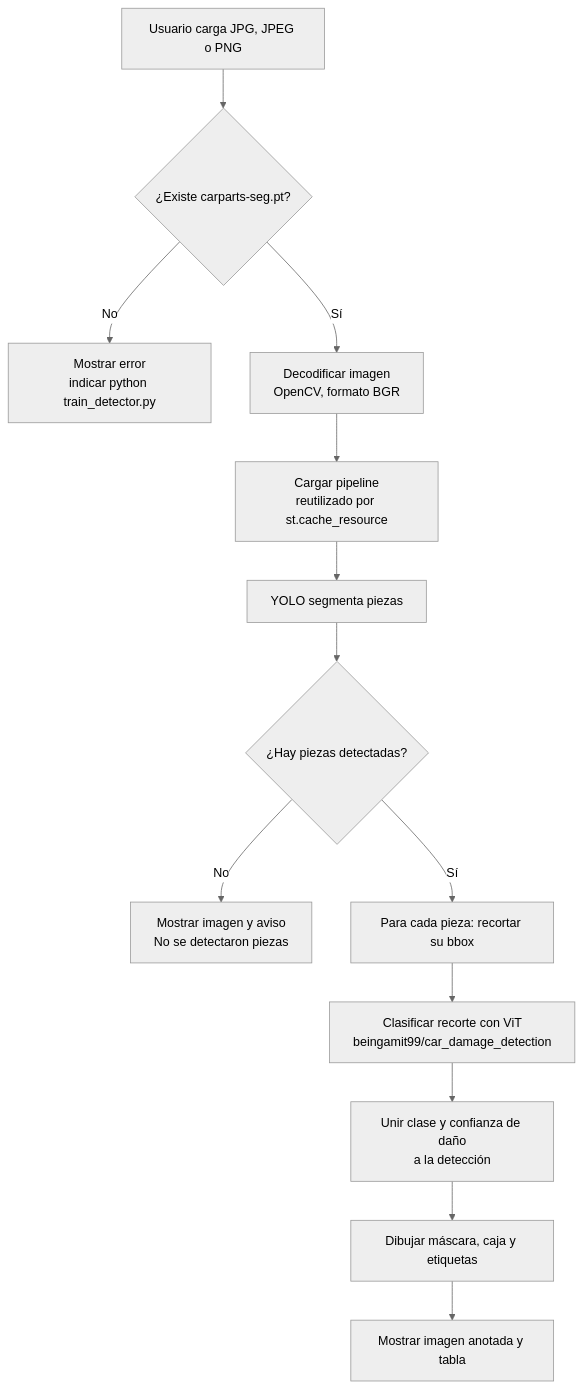
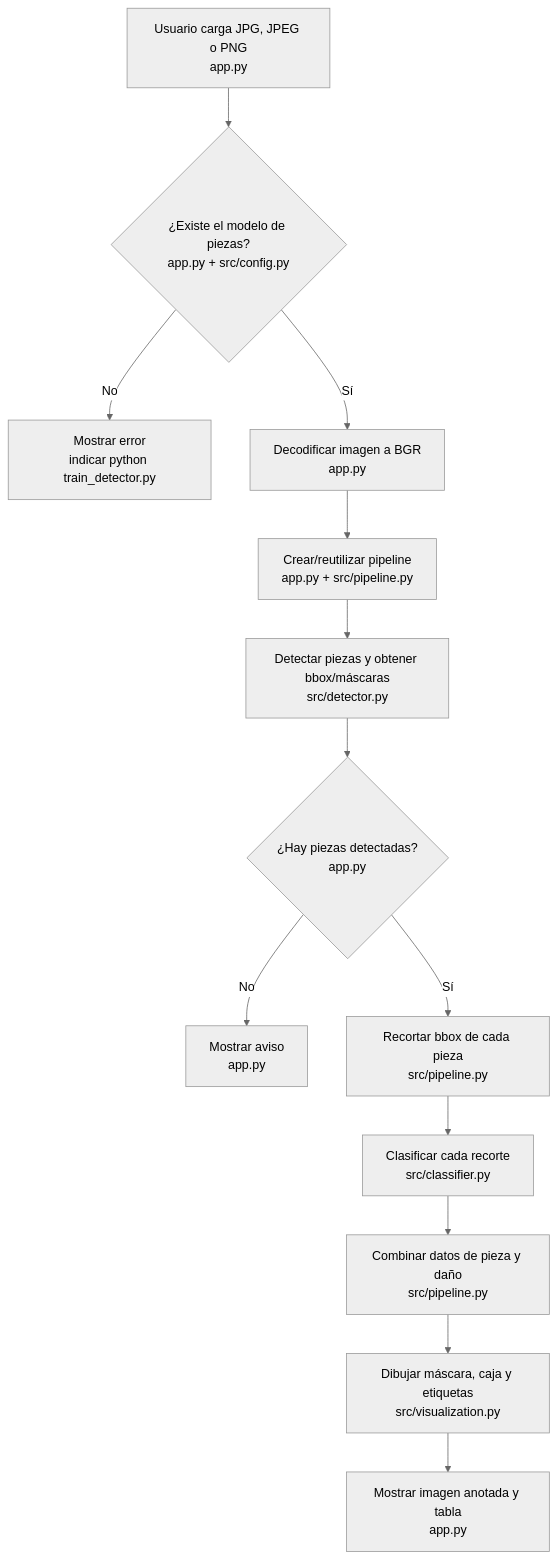
One commit to diegodulcich/pdi-car_damage changed the third of 3 diagrams in PIPELINE.md. Above: the diagram before and after it, drawn with Mermaid (neutral theme). The commit also changed other lines of this file, not shown here.

Commit message:
docs: Nuevo diagrama en PIPELINE.md

````diff
--- a/PIPELINE.md
+++ b/PIPELINE.md
@@ -32,15 +59,15 @@
 ```mermaid
 flowchart TD
-    A["Usuario carga JPG, JPEG o PNG"] --> B{"¿Existe carparts-seg.pt?"}
+    A["Usuario carga JPG, JPEG o PNG<br/>app.py"] --> B{"¿Existe el modelo de piezas?<br/>app.py + src/config.py"}
     B -- No --> C["Mostrar error<br/>indicar python train_detector.py"]
-    B -- Sí --> D["Decodificar imagen<br/>OpenCV, formato BGR"]
-    D --> E["Cargar pipeline<br/>reutilizado por st.cache_resource"]
-    E --> F["YOLO segmenta piezas"]
-    F --> G{"¿Hay piezas detectadas?"}
-    G -- No --> H["Mostrar imagen y aviso<br/>No se detectaron piezas"]
-    G -- Sí --> I["Para cada pieza: recortar su bbox"]
-    I --> J["Clasificar recorte con ViT<br/>beingamit99/car_damage_detection"]
-    J --> K["Unir clase y confianza de daño<br/>a la detección"]
-    K --> L["Dibujar máscara, caja y etiquetas"]
-    L --> M["Mostrar imagen anotada y tabla"]
+    B -- Sí --> D["Decodificar imagen a BGR<br/>app.py"]
+    D --> E["Crear/reutilizar pipeline<br/>app.py + src/pipeline.py"]
+    E --> F["Detectar piezas y obtener bbox/máscaras<br/>src/detector.py"]
+    F --> G{"¿Hay piezas detectadas?<br/>app.py"}
+    G -- No --> H["Mostrar aviso<br/>app.py"]
+    G -- Sí --> I["Recortar bbox de cada pieza<br/>src/pipeline.py"]
+    I --> J["Clasificar cada recorte<br/>src/classifier.py"]
+    J --> K["Combinar datos de pieza y daño<br/>src/pipeline.py"]
+    K --> L["Dibujar máscara, caja y etiquetas<br/>src/visualization.py"]
+    L --> M["Mostrar imagen anotada y tabla<br/>app.py"]
 ```
````
